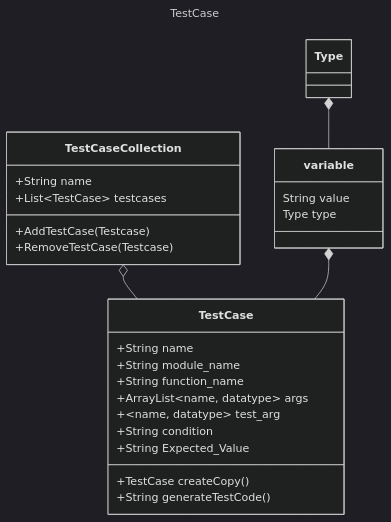
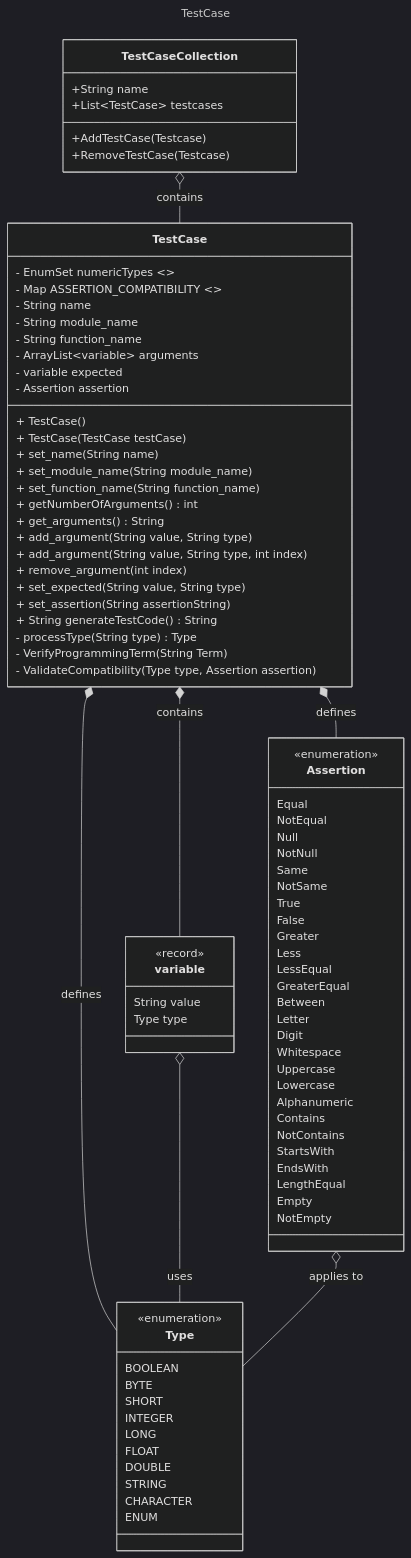
The diagram in docs/TestCase.mmd (Caelan0501/devops_testgen), drawn with Mermaid (dark theme) before and after one commit. The commit also changed 3 other files, not shown here.

Commit message:
Updates to TestCase class: Process of Refactoring generateTestCode function with maps structure. Part 2

```diff
--- a/docs/TestCase.mmd
+++ b/docs/TestCase.mmd
@@ -1,37 +1,96 @@
 ---
 title: TestCase
 ---
 classDiagram
     class TestCase{
+        - EnumSet<Type> numericTypes <<static>>
+        - Map ASSERTION_COMPATIBILITY <<static>>
+        - String name
+        - String module_name
+        - String function_name
+        - ArrayList~variable~ arguments
+        - variable expected
+        - Assertion assertion
 
-        +String name
-        +String module_name
-        +String function_name
-        +ArrayList~name, datatype~ args
-        +~name, datatype~ test_arg
-        +String condition
-        +String Expected_Value
+        + TestCase()
+        + TestCase(TestCase testCase)
+        + set_name(String name)
+        + set_module_name(String module_name)
+        + set_function_name(String function_name)
+        + getNumberOfArguments() int
+        + get_arguments() String
+        + add_argument(String value, String type)
+        + add_argument(String value, String type, int index)
+        + remove_argument(int index)
+        + set_expected(String value, String type)
+        + set_assertion(String assertionString)
+        + String generateTestCode() String
+        - processType(String type) Type
+        - VerifyProgrammingTerm(String Term)
+        - ValidateCompatibility(Type type, Assertion assertion)
+    }
 
-        +TestCase createCopy()
-        +String generateTestCode()
-    }
     class TestCaseCollection{
         +String name
         +List~TestCase~ testcases
 
         +AddTestCase(Testcase)
         +RemoveTestCase(Testcase)
     }
 
     class variable{
+        <<record>>
         String value
         Type type
     }
 
     class Type{
-
+        <<enumeration>>
+        BOOLEAN
+        BYTE
+        SHORT
+        INTEGER
+        LONG
+        FLOAT
+        DOUBLE
+        STRING
+        CHARACTER
+        ENUM
     }
 
-    TestCaseCollection o-- TestCase
-    variable *-- TestCase
-    Type *-- variable
+    class Assertion{
+        <<enumeration>>
+        Equal
+        NotEqual
+        Null
+        NotNull
+        Same
+        NotSame
+        True
+        False
+        Greater
+        Less
+        LessEqual
+        GreaterEqual
+        Between
+        Letter
+        Digit
+        Whitespace
+        Uppercase
+        Lowercase
+        Alphanumeric
+        Contains
+        NotContains
+        StartsWith
+        EndsWith
+        LengthEqual
+        Empty
+        NotEmpty
+    }
+
+    TestCaseCollection o-- TestCase : contains
+    TestCase *-- variable : contains
+    TestCase *-- Type : defines
+    TestCase *-- Assertion : defines
+    variable o-- Type : uses
+    Assertion o-- Type : applies to
```
